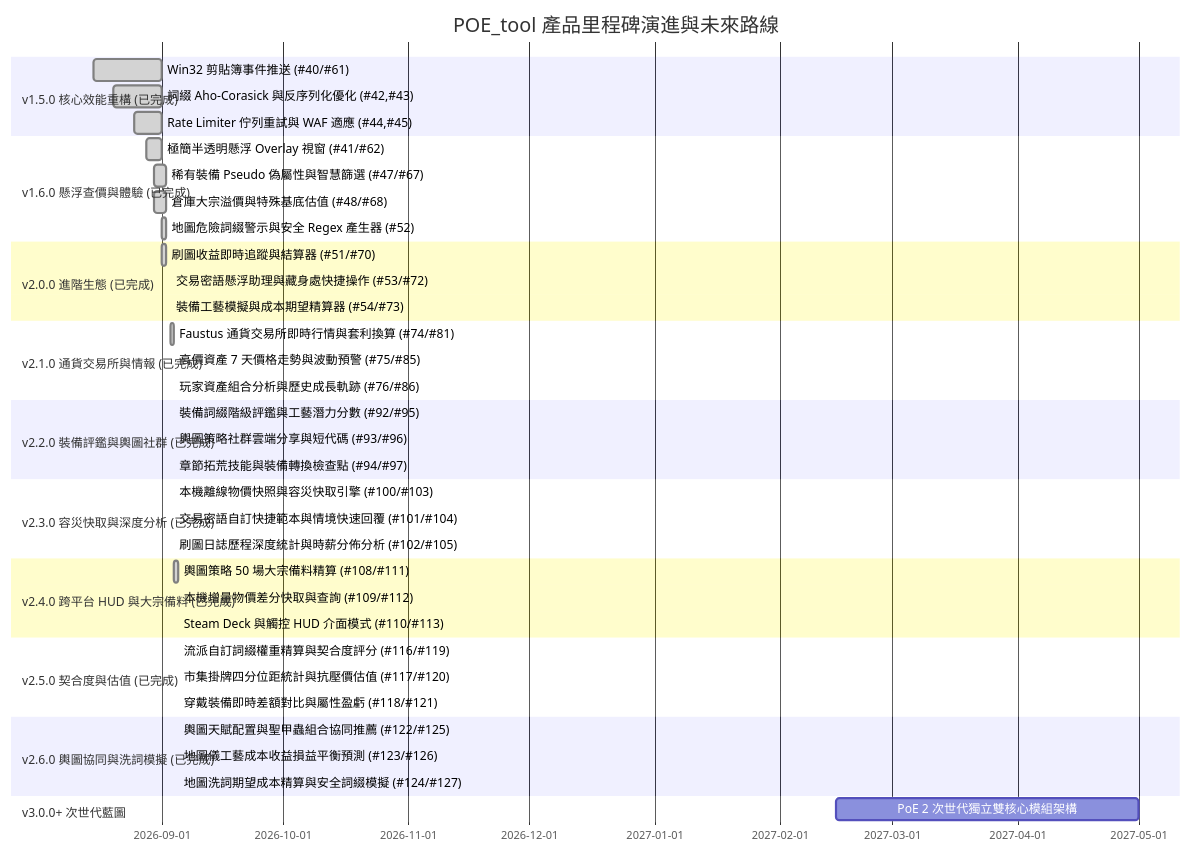
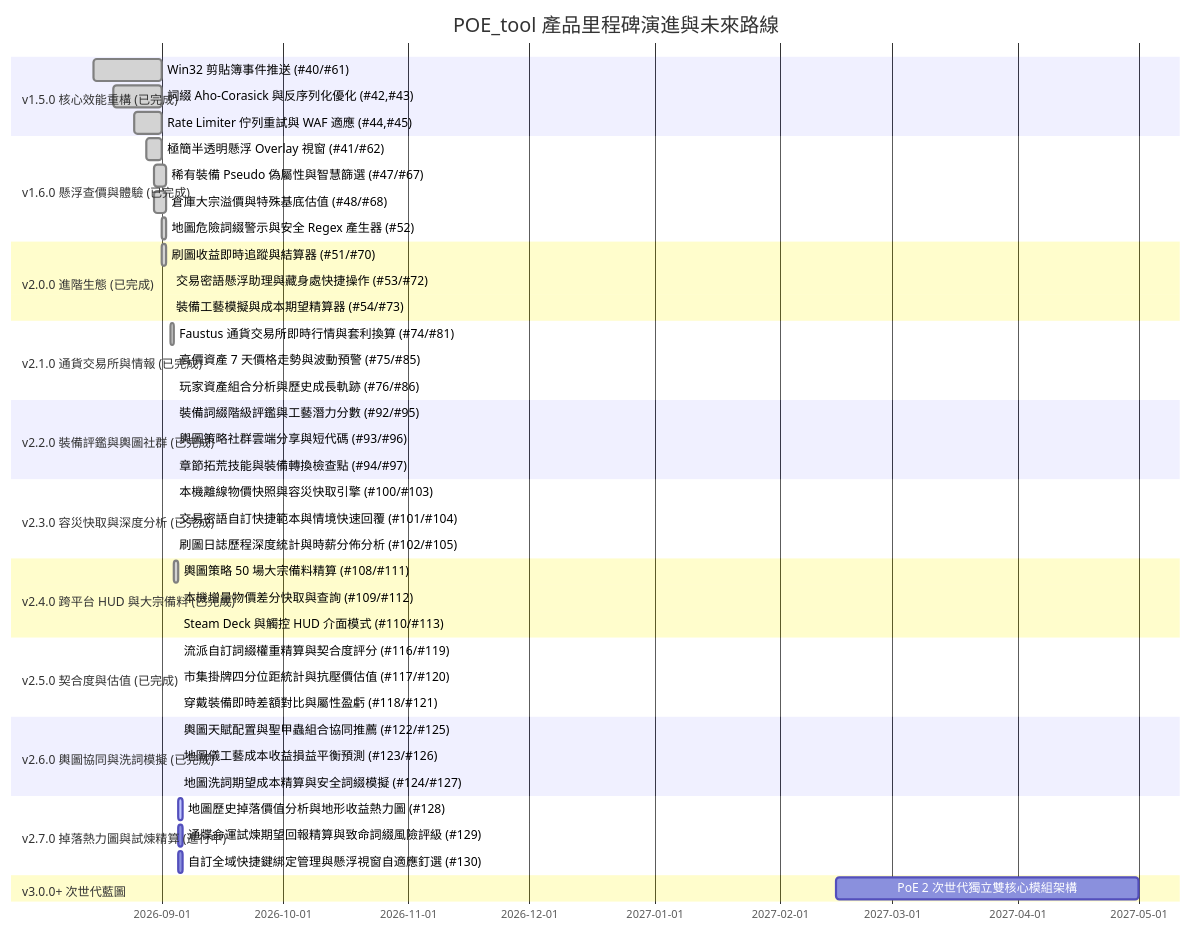
Before and after one commit to saijo0404/POE-tool: the diagram in ROADMAP.md, drawn with Mermaid. The commit also changed other lines of this file, not shown here.

Commit message:
docs(roadmap): update ROADMAP for Milestone 10 (v2.7.0)

````diff
--- a/ROADMAP.md
+++ b/ROADMAP.md
@@ -55,44 +57,48 @@
 ```mermaid
 gantt
     title POE_tool 產品里程碑演進與未來路線
     dateFormat  YYYY-MM-DD
     section v1.5.0 核心效能重構 (已完成)
     Win32 剪貼簿事件推送 (#40/#61)           :done,    m1_1, 2026-08-15, 2026-09-01
     詞綴 Aho-Corasick 與反序列化優化 (#42,#43) :done,    m1_2, 2026-08-20, 2026-09-01
     Rate Limiter 佇列重試與 WAF 適應 (#44,#45)  :done,    m1_3, 2026-08-25, 2026-09-01
     section v1.6.0 懸浮查價與體驗 (已完成)
     極簡半透明懸浮 Overlay 視窗 (#41/#62)     :done,    m2_1, 2026-08-28, 2026-09-01
     稀有裝備 Pseudo 偽屬性與智慧篩選 (#47/#67) :done,    m2_2, 2026-08-30, 2026-09-02
     倉庫大宗溢價與特殊基底估值 (#48/#68)      :done,    m2_3, 2026-08-30, 2026-09-02
     地圖危險詞綴警示與安全 Regex 產生器 (#52)  :done,    m2_4, 2026-09-01, 2026-09-02
     section v2.0.0 進階生態 (已完成)
     刷圖收益即時追蹤與結算器 (#51/#70)        :done,    m3_1, 2026-09-01, 2026-09-02
     交易密語懸浮助理與藏身處快捷操作 (#53/#72) :done,    m3_2, 2026-09-03, 2026-09-03
     裝備工藝模擬與成本期望精算器 (#54/#73)     :done,    m3_3, 2026-09-03, 2026-09-03
     section v2.1.0 通貨交易所與情報 (已完成)
     Faustus 通貨交易所即時行情與套利換算 (#74/#81) :done,    m4_1, 2026-09-03, 2026-09-04
     高價資產 7 天價格走勢與波動預警 (#75/#85)     :done,    m4_2, 2026-09-04, 2026-09-04
     玩家資產組合分析與歷史成長軌跡 (#76/#86)       :done,    m4_3, 2026-09-04, 2026-09-04
     section v2.2.0 裝備評鑑與輿圖社群 (已完成)
     裝備詞綴階級評鑑與工藝潛力分數 (#92/#95)     :done,    m5_1, 2026-09-04, 2026-09-04
     輿圖策略社群雲端分享與短代碼 (#93/#96)       :done,    m5_2, 2026-09-04, 2026-09-04
     章節拓荒技能與裝備轉換檢查點 (#94/#97)       :done,    m5_3, 2026-09-04, 2026-09-04
     section v2.3.0 容災快取與深度分析 (已完成)
     本機離線物價快照與容災快取引擎 (#100/#103)    :done,    m6_1, 2026-09-04, 2026-09-04
     交易密語自訂快捷範本與情境快速回覆 (#101/#104) :done,    m6_2, 2026-09-04, 2026-09-04
     刷圖日誌歷程深度統計與時薪分佈分析 (#102/#105) :done,    m6_3, 2026-09-04, 2026-09-04
     section v2.4.0 跨平台 HUD 與大宗備料 (已完成)
     輿圖策略 50 場大宗備料精算 (#108/#111)       :done,    m7_1, 2026-09-04, 2026-09-05
     本機增量物價差分快取與查詢 (#109/#112)       :done,    m7_2, 2026-09-05, 2026-09-05
     Steam Deck 與觸控 HUD 介面模式 (#110/#113)  :done,    m7_3, 2026-09-05, 2026-09-05
     section v2.5.0 契合度與估值 (已完成)
     流派自訂詞綴權重精算與契合度評分 (#116/#119)  :done,    m8_1, 2026-09-05, 2026-09-05
     市集掛牌四分位距統計與抗壓價估值 (#117/#120)  :done,    m8_2, 2026-09-05, 2026-09-05
     穿戴裝備即時差額對比與屬性盈虧 (#118/#121)    :done,    m8_3, 2026-09-05, 2026-09-05
     section v2.6.0 輿圖協同與洗詞模擬 (已完成)
     輿圖天賦配置與聖甲蟲組合協同推薦 (#122/#125)    :done,    m9_1, 2026-09-05, 2026-09-05
     地圖儀工藝成本收益損益平衡預測 (#123/#126)    :done,    m9_2, 2026-09-05, 2026-09-05
     地圖洗詞期望成本精算與安全詞綴模擬 (#124/#127)  :done,    m9_3, 2026-09-05, 2026-09-05
+    section v2.7.0 掉落熱力圖與試煉精算 (進行中)
+    地圖歷史掉落價值分析與地形收益熱力圖 (#128)      :active,  m10_1, 2026-09-05, 2026-09-06
+    通牒命運試煉期望回報精算與致命詞綴風險評級 (#129) :         m10_2, 2026-09-05, 2026-09-06
+    自訂全域快捷鍵綁定管理與懸浮視窗自適應釘選 (#130) :         m10_3, 2026-09-05, 2026-09-06
     section v3.0.0+ 次世代藍圖
-    PoE 2 次世代獨立雙核心模組架構           :         m10_1, 2027-02-15, 2027-05-01
+    PoE 2 次世代獨立雙核心模組架構           :         m11_1, 2027-02-15, 2027-05-01
 ```
````
